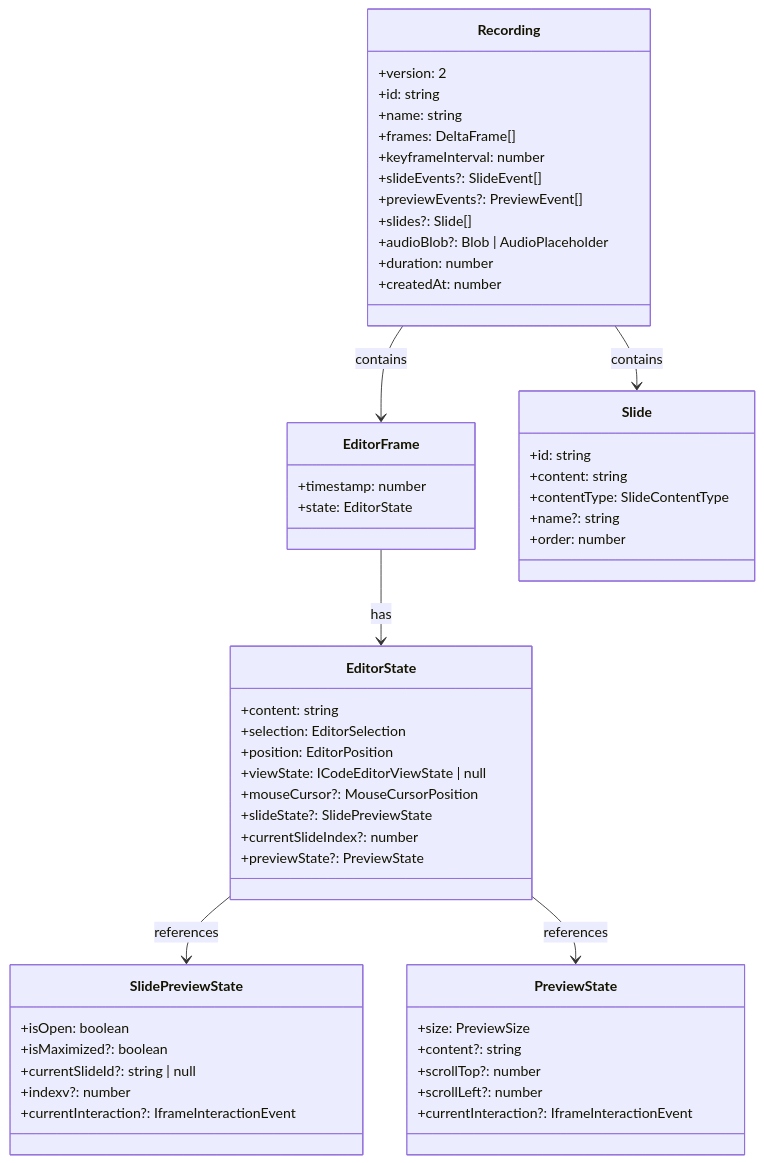
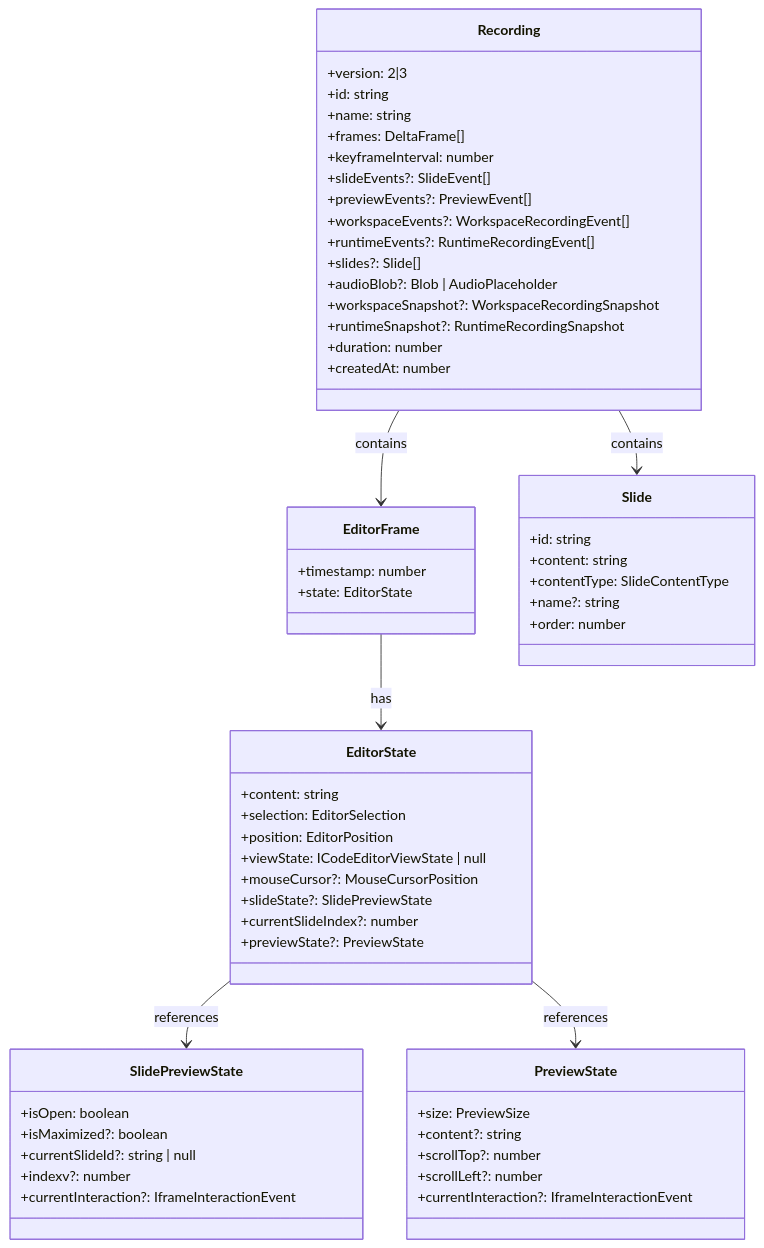
Before and after one commit to channyeintun/next-editor: the first of 5 diagrams in docs/data-structures.md, drawn with Mermaid. The commit also changed other lines of this file and 1 other file, not shown here.

````diff
--- a/docs/data-structures.md
+++ b/docs/data-structures.md
@@ -9,62 +9,66 @@
 ```mermaid
 classDiagram
     class Recording {
-        +version: 2
+        +version: 2|3
         +id: string
         +name: string
         +frames: DeltaFrame[]
         +keyframeInterval: number
         +slideEvents?: SlideEvent[]
         +previewEvents?: PreviewEvent[]
+        +workspaceEvents?: WorkspaceRecordingEvent[]
+        +runtimeEvents?: RuntimeRecordingEvent[]
         +slides?: Slide[]
         +audioBlob?: Blob | AudioPlaceholder
+        +workspaceSnapshot?: WorkspaceRecordingSnapshot
+        +runtimeSnapshot?: RuntimeRecordingSnapshot
         +duration: number
         +createdAt: number
     }
 
     class EditorFrame {
         +timestamp: number
         +state: EditorState
     }
 
     class EditorState {
         +content: string
         +selection: EditorSelection
         +position: EditorPosition
         +viewState: ICodeEditorViewState | null
         +mouseCursor?: MouseCursorPosition
         +slideState?: SlidePreviewState
         +currentSlideIndex?: number
         +previewState?: PreviewState
     }
 
     class Slide {
         +id: string
         +content: string
         +contentType: SlideContentType
         +name?: string
         +order: number
     }
 
     class SlidePreviewState {
         +isOpen: boolean
         +isMaximized?: boolean
         +currentSlideId?: string | null
         +indexv?: number
         +currentInteraction?: IframeInteractionEvent
     }
 
     class PreviewState {
         +size: PreviewSize
         +content?: string
         +scrollTop?: number
         +scrollLeft?: number
         +currentInteraction?: IframeInteractionEvent
     }
 
     Recording --> EditorFrame : contains
     EditorFrame --> EditorState : has
     Recording --> Slide : contains
     EditorState --> SlidePreviewState : references
     EditorState --> PreviewState : references
 ```
````
